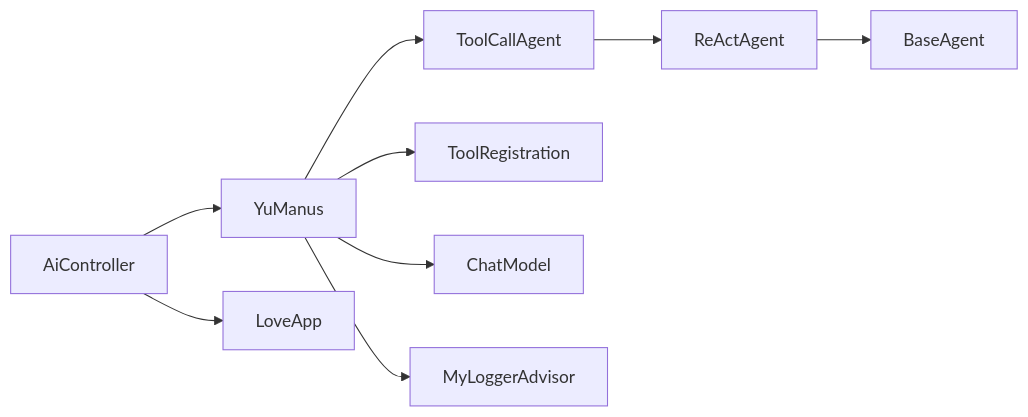
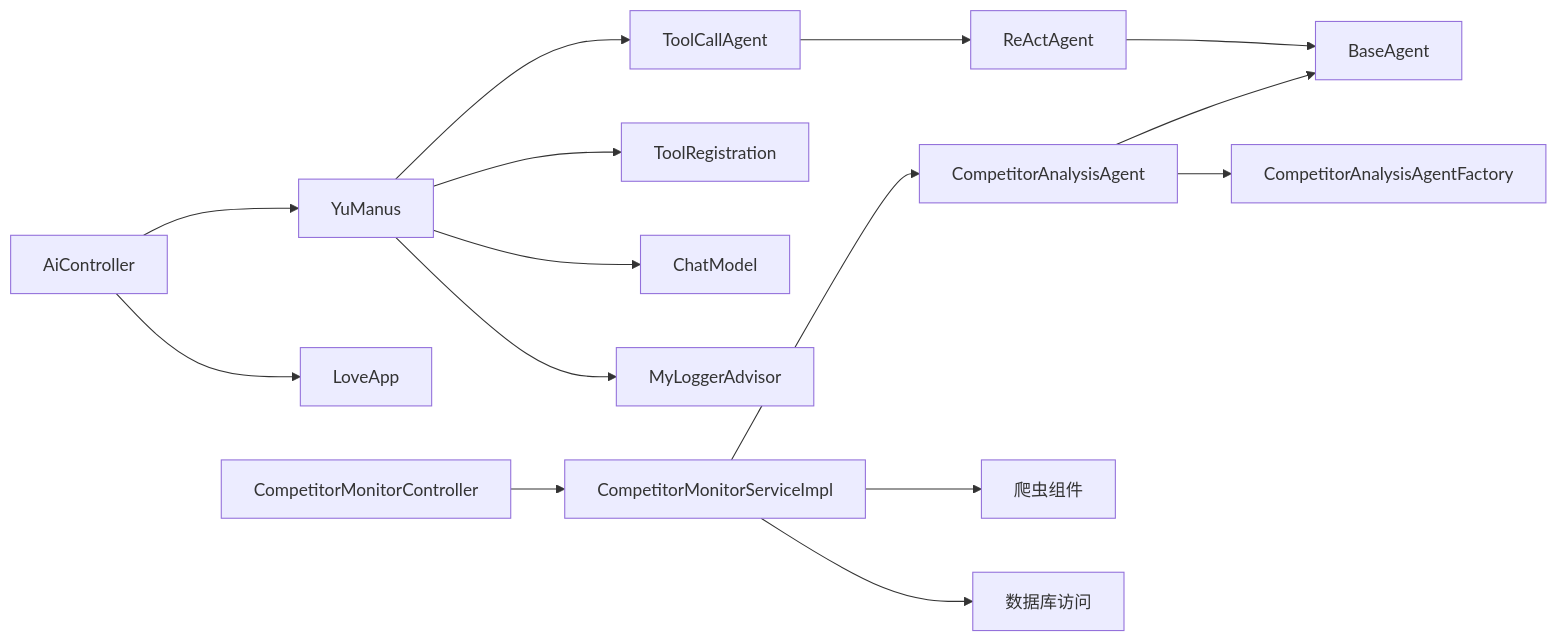
Diagram 15 of 15 in .qoder/repowiki/zh/content/AI智能体系统/AI智能体系统.md (jiasongqi/qi-ai-agent), drawn with Mermaid before and after one commit. The commit also changed other lines of this file and 2 other files, not shown here.

````diff
--- a/.qoder/repowiki/zh/content/AI智能体系统/AI智能体系统.md
+++ b/.qoder/repowiki/zh/content/AI智能体系统/AI智能体系统.md
@@ -404,11 +636,17 @@
 ```mermaid
 graph LR
 YUM["YuManus"] --> TCA["ToolCallAgent"]
 TCA --> RA["ReActAgent"]
 RA --> BA["BaseAgent"]
 YUM --> TR["ToolRegistration"]
 YUM --> CM["ChatModel"]
 YUM --> ADV["MyLoggerAdvisor"]
 Ctl["AiController"] --> YUM
 Ctl --> App["LoveApp"]
+CAA["CompetitorAnalysisAgent"] --> CAF["CompetitorAnalysisAgentFactory"]
+CAA --> BA
+CMS["CompetitorMonitorServiceImpl"] --> CAA
+CMS --> Crawler["爬虫组件"]
+CMS --> DB["数据库访问"]
+CompCtl["CompetitorMonitorController"] --> CMS
 ```
````
